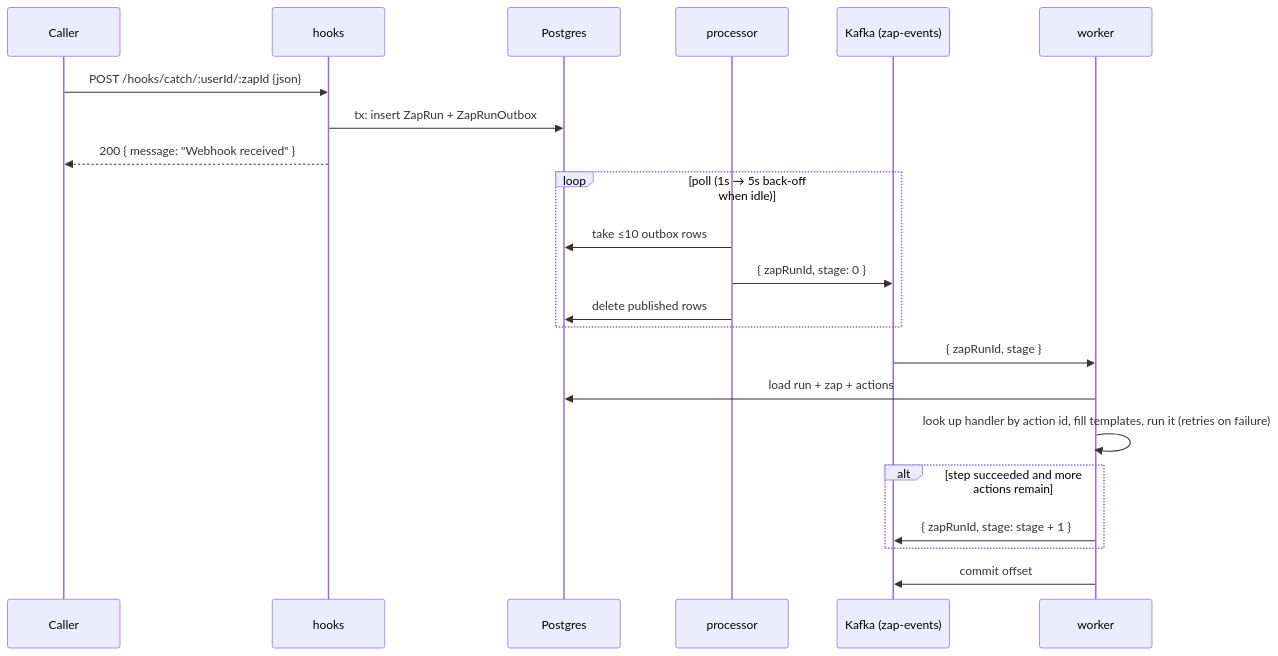
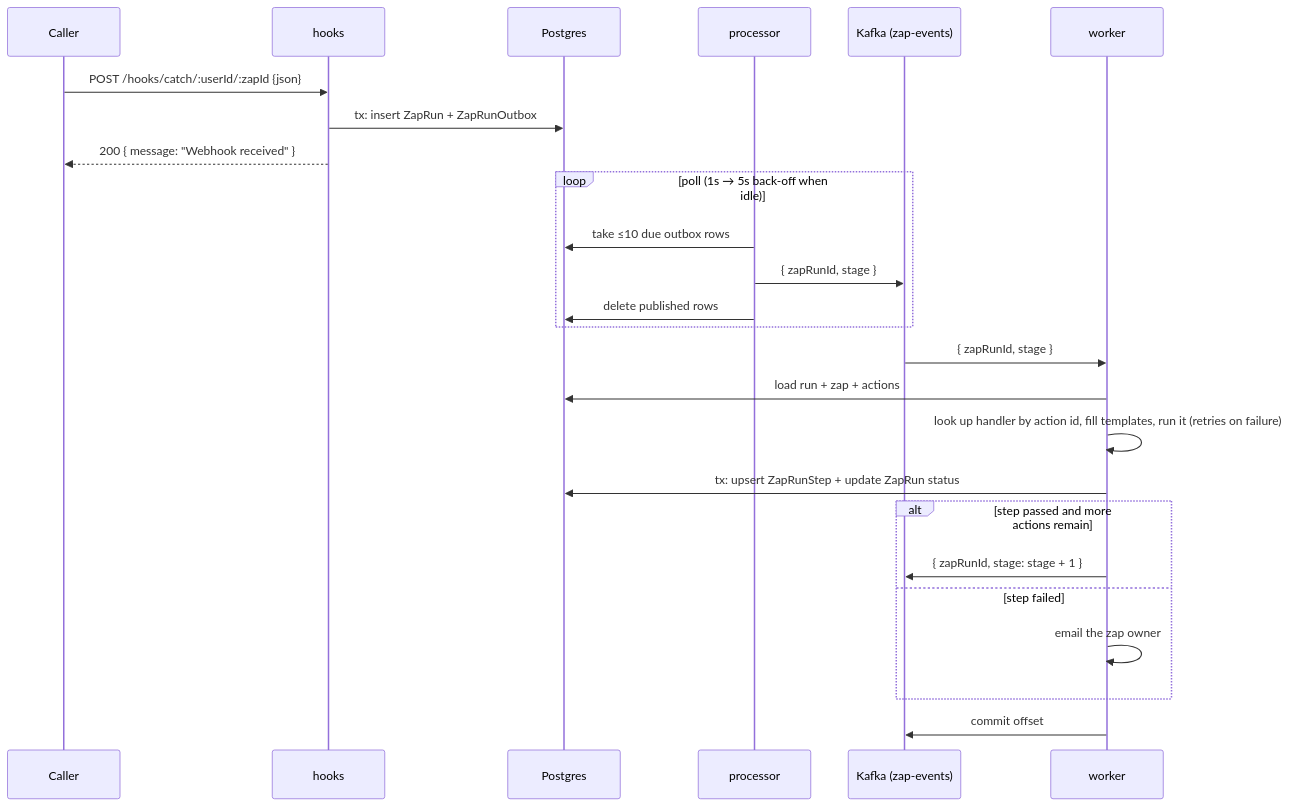
The third of 3 diagrams in ARCHITECTURE.md (bixl007/Integrix), drawn with Mermaid before and after one commit. The commit also changed other lines of this file and 32 other files, not shown here.

First line of the commit message:
feat: run history, step results and failure emails

````diff
--- a/ARCHITECTURE.md
+++ b/ARCHITECTURE.md
@@ -66,24 +67,27 @@
 ```mermaid
 sequenceDiagram
   participant C as Caller
   participant H as hooks
   participant DB as Postgres
   participant P as processor
   participant K as Kafka (zap-events)
   participant W as worker
   C->>H: POST /hooks/catch/:userId/:zapId {json}
   H->>DB: tx: insert ZapRun + ZapRunOutbox
   H-->>C: 200 { message: "Webhook received" }
   loop poll (1s → 5s back-off when idle)
-    P->>DB: take ≤10 outbox rows
-    P->>K: { zapRunId, stage: 0 }
+    P->>DB: take ≤10 due outbox rows
+    P->>K: { zapRunId, stage }
     P->>DB: delete published rows
   end
   K->>W: { zapRunId, stage }
   W->>DB: load run + zap + actions
   W->>W: look up handler by action id, fill templates, run it (retries on failure)
-  alt step succeeded and more actions remain
+  W->>DB: tx: upsert ZapRunStep + update ZapRun status
+  alt step passed and more actions remain
     W->>K: { zapRunId, stage: stage + 1 }
+  else step failed
+    W->>W: email the zap owner
   end
   W->>K: commit offset
 ```
````
